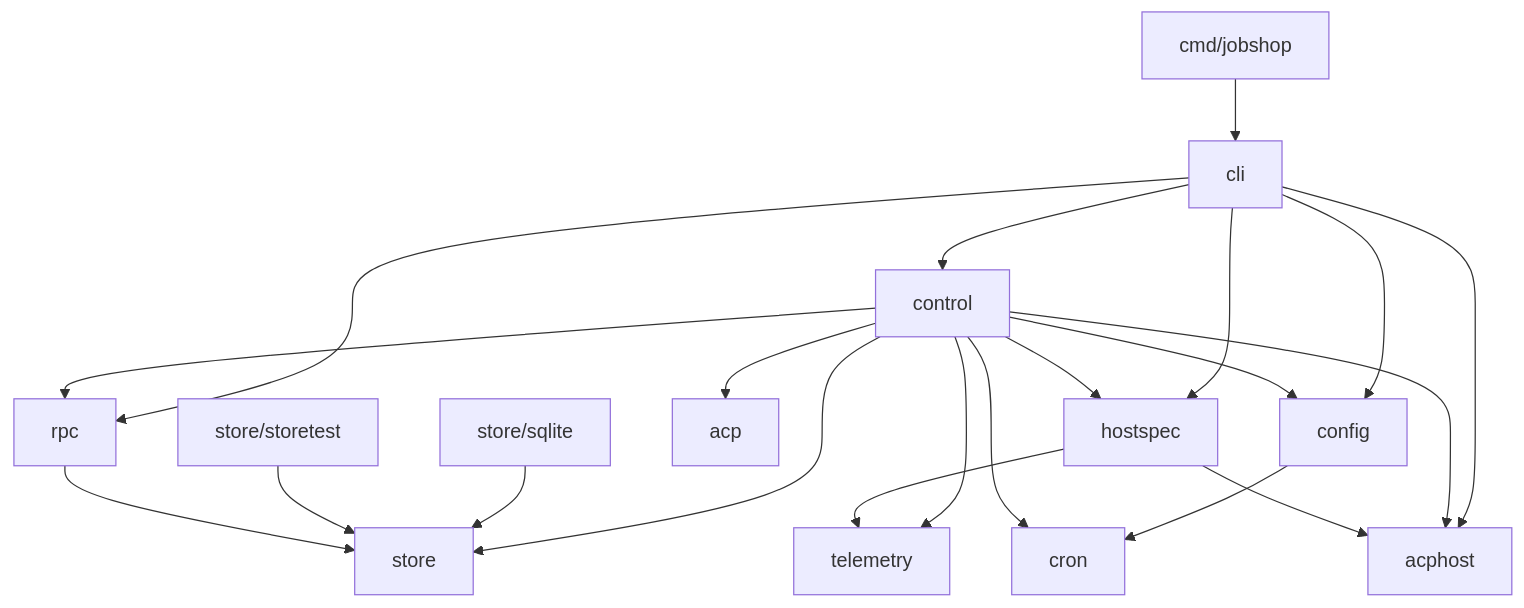
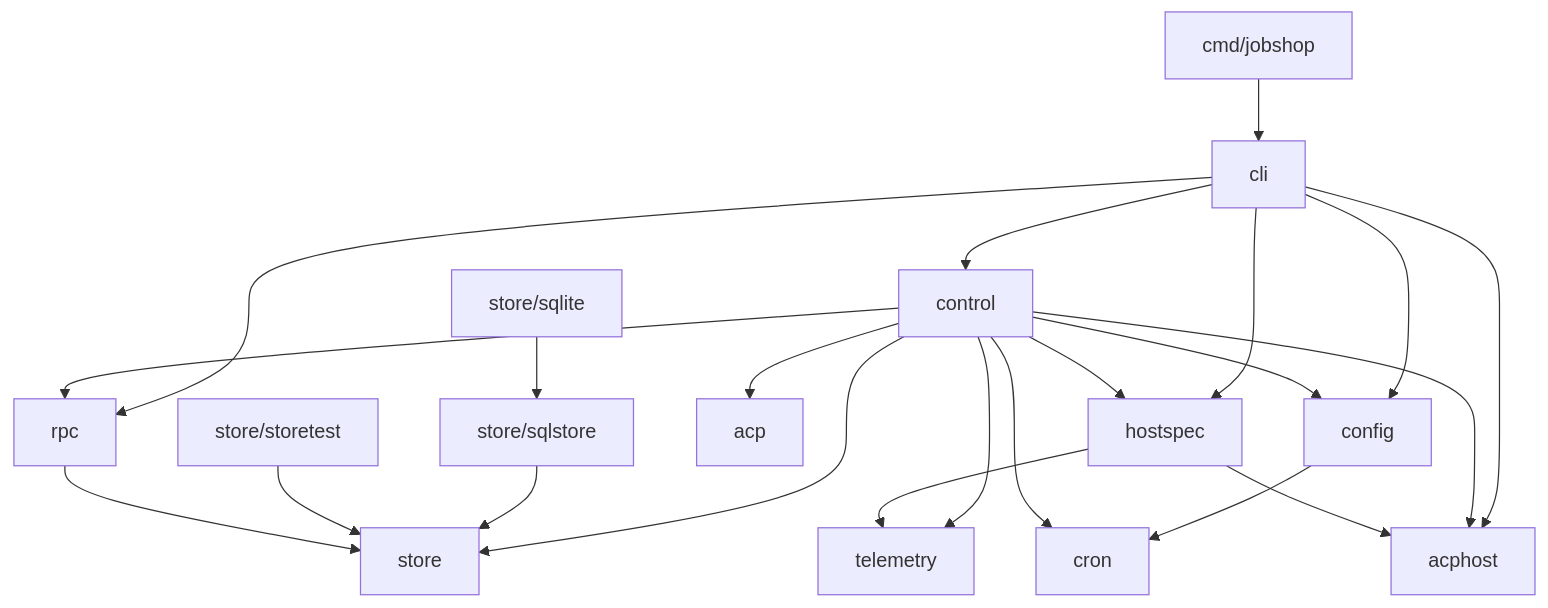
One commit to elee1766/jobshop changed the diagram in docs/layout.md. Above: the diagram before and after it, drawn with Mermaid. The commit also changed other lines of this file and 25 other files, not shown here.

Commit message:
store: split backend-neutral sqlstore core from the SQLite driver (#404)

````diff
--- a/docs/layout.md
+++ b/docs/layout.md
@@ -62,12 +62,12 @@
 ```mermaid
 flowchart TD
   cmd[cmd/jobshop] --> cli
   cli --> control & acphost & hostspec
   cli --> rpc & config
   config --> cron
   control --> store & rpc & config & telemetry & acp & acphost & hostspec & cron
   hostspec --> acphost & telemetry
-  sqlite[store/sqlite] --> store
+  sqlite[store/sqlite] --> sqlstore[store/sqlstore] --> store
   storetest[store/storetest] --> store
   rpc --> store
 ```
````
